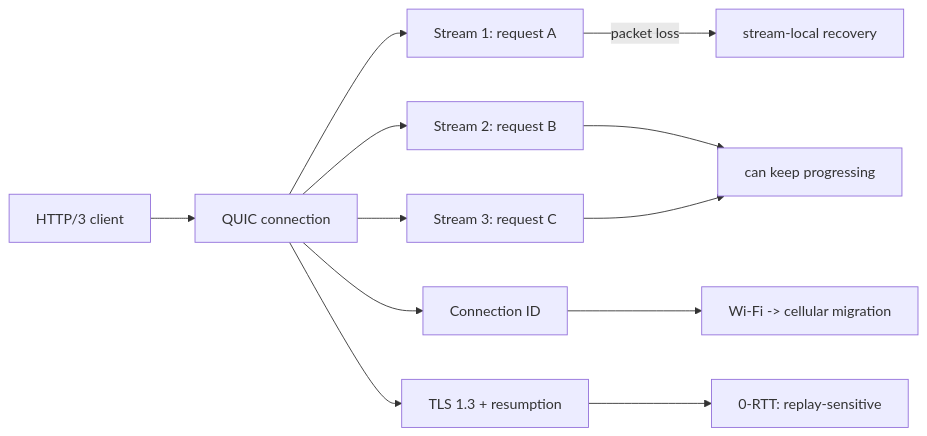
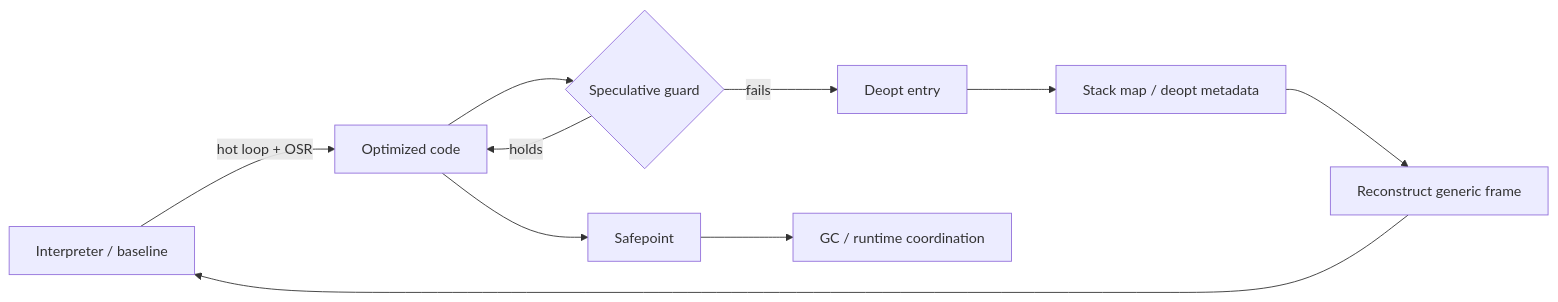
One commit to cebrailbagatarhan/software-engineering-interview-roadmap changed the first of 2 diagrams in daily/2026-09-21/22-00.md. Above: the diagram before and after it, drawn with Mermaid. The commit also changed other lines of this file, not shown here.

Commit message:
Replace duplicate 22:00 topics with runtime and buffer-pool gaps

````diff
--- a/daily/2026-09-21/22-00.md
+++ b/daily/2026-09-21/22-00.md
@@ -15,14 +15,12 @@
 ```mermaid
 flowchart LR
- C[HTTP/3 client] --> Q[QUIC connection]
- Q --> S1[Stream 1: request A]
- Q --> S2[Stream 2: request B]
- Q --> S3[Stream 3: request C]
- S1 -->|packet loss| R[stream-local recovery]
- S2 --> O[can keep progressing]
- S3 --> O
- Q --> CID[Connection ID]
- CID --> M[Wi-Fi -> cellular migration]
- Q --> TLS[TLS 1.3 + resumption]
- TLS --> Z[0-RTT: replay-sensitive]
+ I[Interpreter / baseline] -->|hot loop + OSR| O[Optimized code]
+ O --> G{Speculative guard}
+ G -->|holds| O
+ G -->|fails| D[Deopt entry]
+ D --> M[Stack map / deopt metadata]
+ M --> R[Reconstruct generic frame]
+ R --> I
+ O --> S[Safepoint]
+ S --> GC[GC / runtime coordination]
 ```
````
